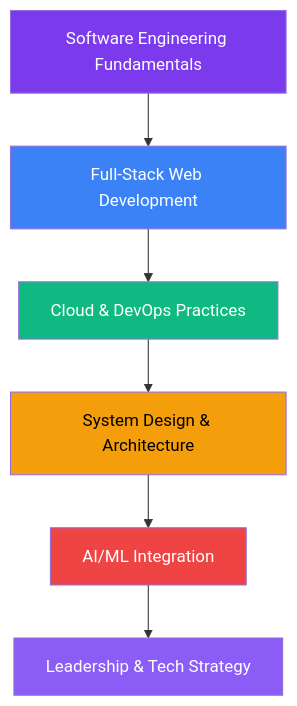
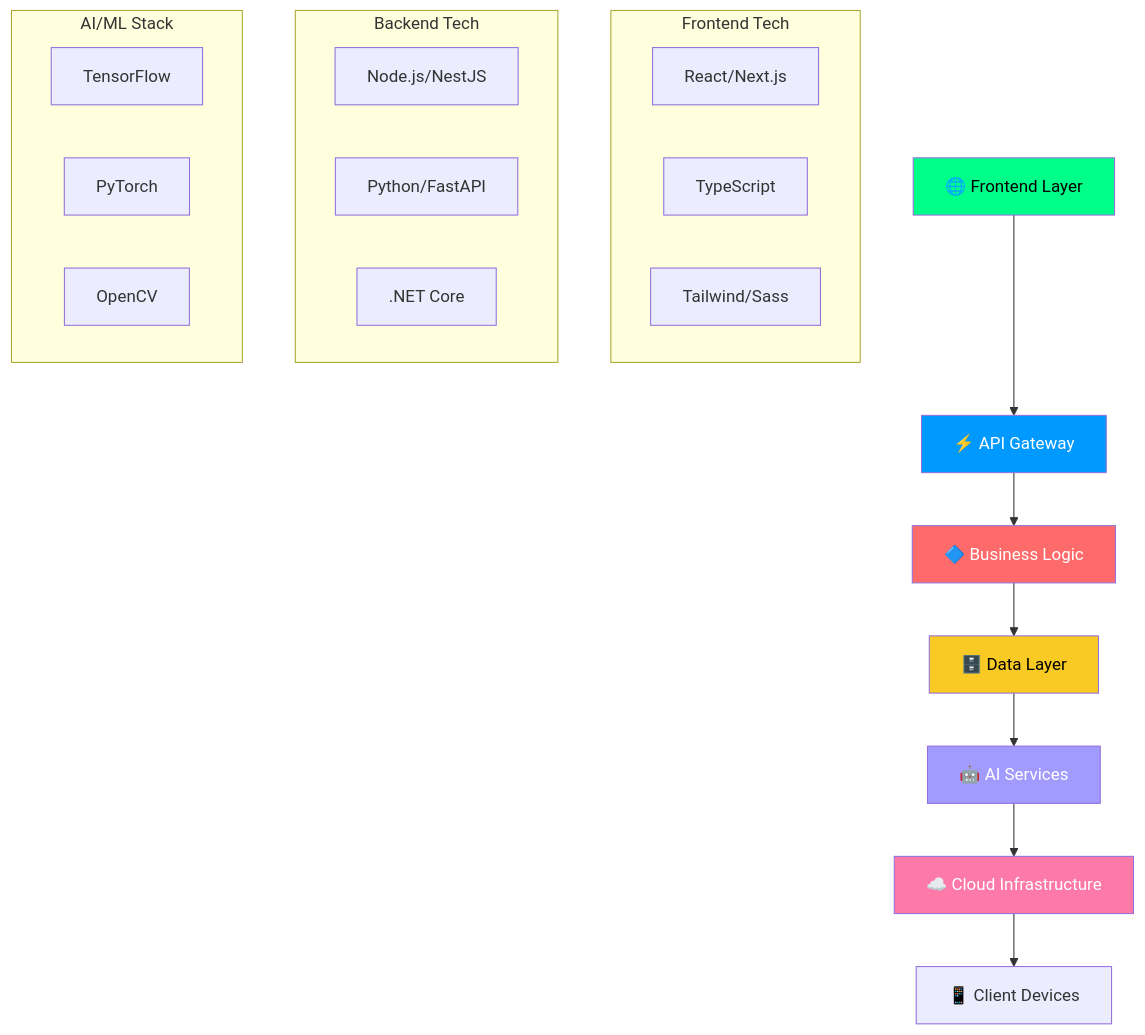
The first of 2 diagrams in README.md (Hiruni1225/Hiruni1225), drawn with Mermaid before and after one commit. The commit also changed other lines of this file, not shown here.

First line of the commit message:
Revamp README with enhanced design and content

````diff
--- a/README.md
+++ b/README.md
@@ -171,15 +102,34 @@
-```mermaid
-graph TD
-    A[Software Engineering Fundamentals] --> B[Full-Stack Web Development]
-    B --> C[Cloud & DevOps Practices]
-    C --> D[System Design & Architecture]
-    D --> E[AI/ML Integration]
-    E --> F[Leadership & Tech Strategy]
-    
-    style A fill:#7C3AED,color:#fff
-    style B fill:#3B82F6,color:#fff
-    style C fill:#10B981,color:#fff
-    style D fill:#F59E0B,color:#000
-    style E fill:#EF4444,color:#fff
-    style F fill:#8B5CF6,color:#fff
-```
+  ```mermaid
+  graph TB
+      A[🌐 Frontend Layer] --> B[⚡ API Gateway]
+      B --> C[🔷 Business Logic]
+      C --> D[🗄️ Data Layer]
+      D --> E[🤖 AI Services]
+      E --> F[☁️ Cloud Infrastructure]
+      F --> G[📱 Client Devices]
+      
+      subgraph "Frontend Tech"
+          A1[React/Next.js]
+          A2[TypeScript]
+          A3[Tailwind/Sass]
+      end
+      
+      subgraph "Backend Tech"
+          C1[Node.js/NestJS]
+          C2[Python/FastAPI]
+          C3[.NET Core]
+      end
+      
+      subgraph "AI/ML Stack"
+          E1[TensorFlow]
+          E2[PyTorch]
+          E3[OpenCV]
+      end
+      
+      style A fill:#00ff88,color:#000
+      style B fill:#0099ff,color:#fff
+      style C fill:#ff6b6b,color:#fff
+      style D fill:#f9ca24,color:#000
+      style E fill:#a29bfe,color:#fff
+      style F fill:#fd79a8,color:#fff
+  ```
````
